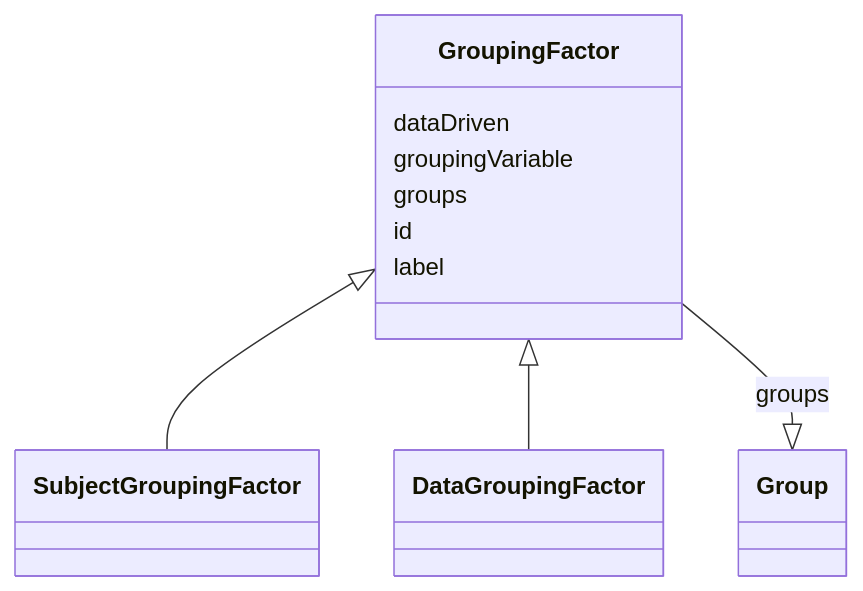
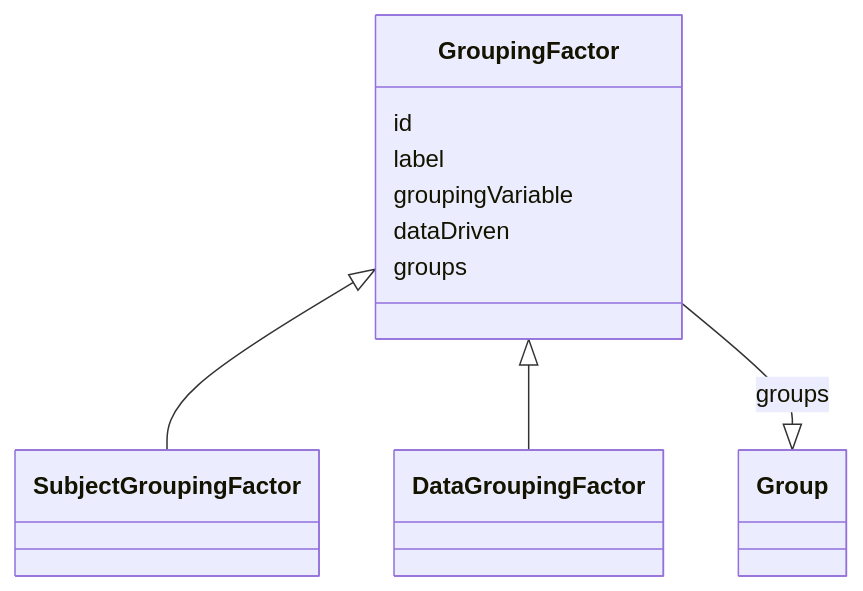
Before and after one commit to cdisc-org/analysis-results-standard: the diagram in project/docs/GroupingFactor.md, drawn with Mermaid. The commit also changed other lines of this file and 192 other files, not shown here.

````diff
--- a/project/docs/GroupingFactor.md
+++ b/project/docs/GroupingFactor.md
@@ -17,20 +13,13 @@
 ```mermaid
  classDiagram
     class GroupingFactor
       GroupingFactor <|-- SubjectGroupingFactor
       GroupingFactor <|-- DataGroupingFactor
-      
-      GroupingFactor : dataDriven
+      GroupingFactor : id        
+        GroupingFactor : label        
+        GroupingFactor : groupingVariable        
+        GroupingFactor : dataDriven        
+        GroupingFactor : groups        
+        GroupingFactor --|> Group : groups
         
-      GroupingFactor : groupingVariable
-        
-      GroupingFactor : groups
-        
-          GroupingFactor --|> Group : groups
-        
-      GroupingFactor : id
-        
-      GroupingFactor : label
-        
-      
 ```
````
